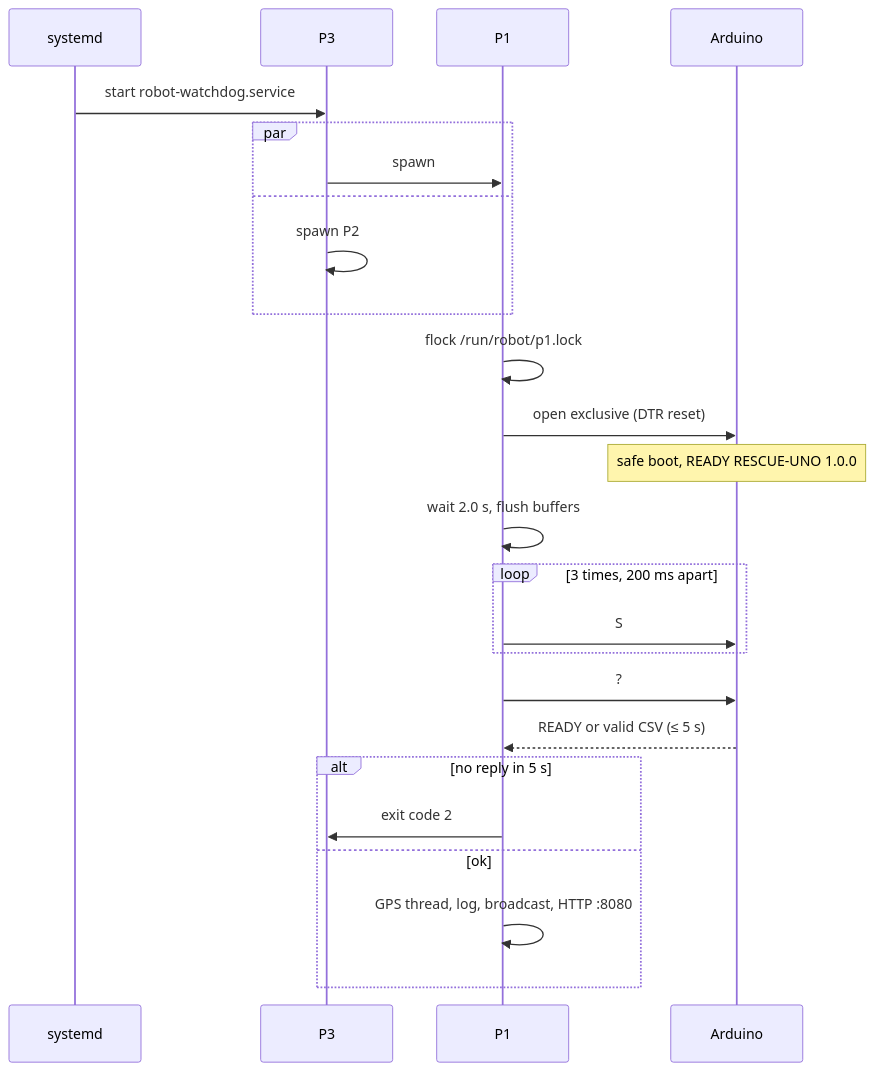
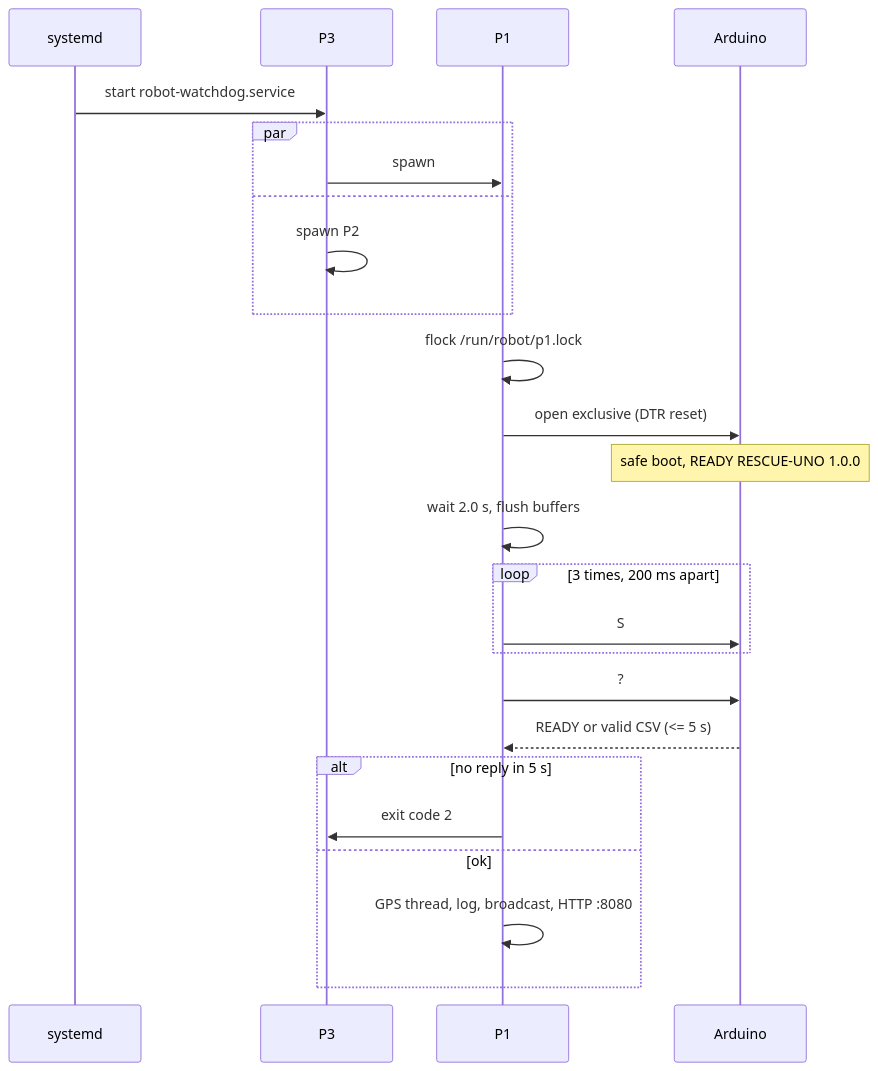
One commit to baiust999/robort-code-from-pi changed diagram 13 of 27 in research paper/section4_methodology.md. Above: the diagram before and after it, drawn with Mermaid. The commit also changed other lines of this file and 4 other files, not shown here.

````diff
--- a/research paper/section4_methodology.md
+++ b/research paper/section4_methodology.md
@@ -409,27 +409,27 @@
 ```mermaid
 sequenceDiagram
   participant SD as systemd
   participant P3 as P3
   participant P1 as P1
   participant A as Arduino
   SD->>P3: start robot-watchdog.service
   par
     P3->>P1: spawn
   and
     P3->>P3: spawn P2
   end
   P1->>P1: flock /run/robot/p1.lock
   P1->>A: open exclusive (DTR reset)
   Note over A: safe boot, READY RESCUE-UNO 1.0.0
   P1->>P1: wait 2.0 s, flush buffers
   loop 3 times, 200 ms apart
     P1->>A: S
   end
   P1->>A: ?
-  A-->>P1: READY or valid CSV (≤ 5 s)
+  A-->>P1: READY or valid CSV (<= 5 s)
   alt no reply in 5 s
     P1->>P3: exit code 2
   else ok
     P1->>P1: GPS thread, log, broadcast, HTTP :8080
   end
 ```
````
